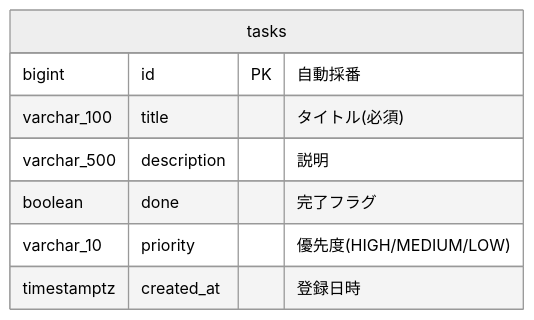
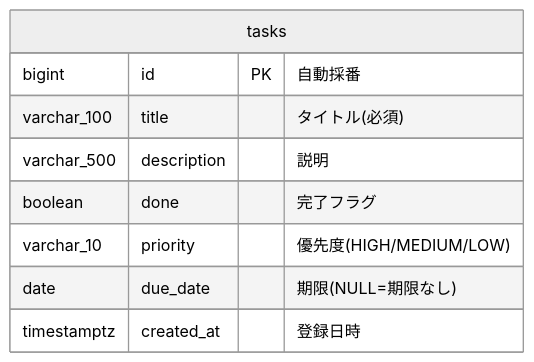
Before and after one commit to jt-yamaguchi/my-training-task: the diagram in docs/design/task/03_基本設計.md, drawn with Mermaid (neutral theme). The commit also changed other lines of this file and 17 other files, not shown here.

````diff
--- a/docs/design/task/03_基本設計.md
+++ b/docs/design/task/03_基本設計.md
@@ -57,11 +57,12 @@
 ```mermaid
 erDiagram
     tasks {
         bigint id PK "自動採番"
         varchar_100 title "タイトル(必須)"
         varchar_500 description "説明"
         boolean done "完了フラグ"
         varchar_10 priority "優先度(HIGH/MEDIUM/LOW)"
+        date due_date "期限(NULL=期限なし)"
         timestamptz created_at "登録日時"
     }
 ```
````
